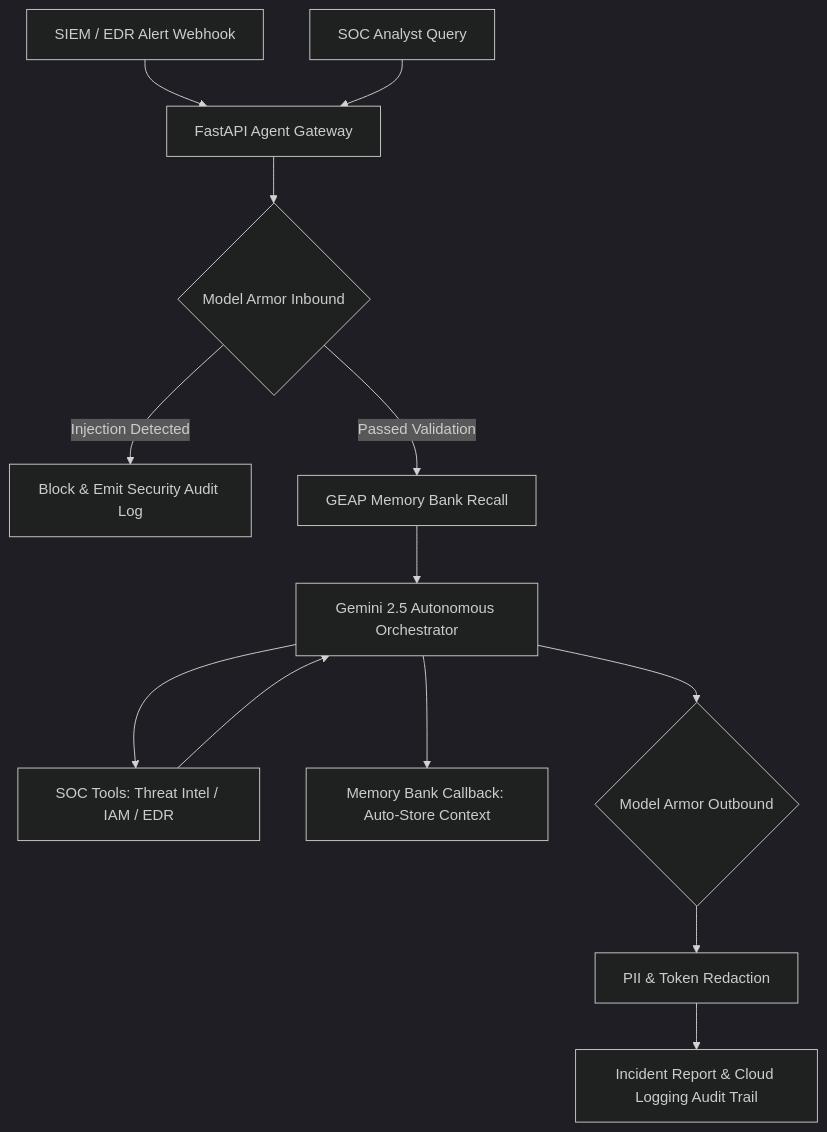
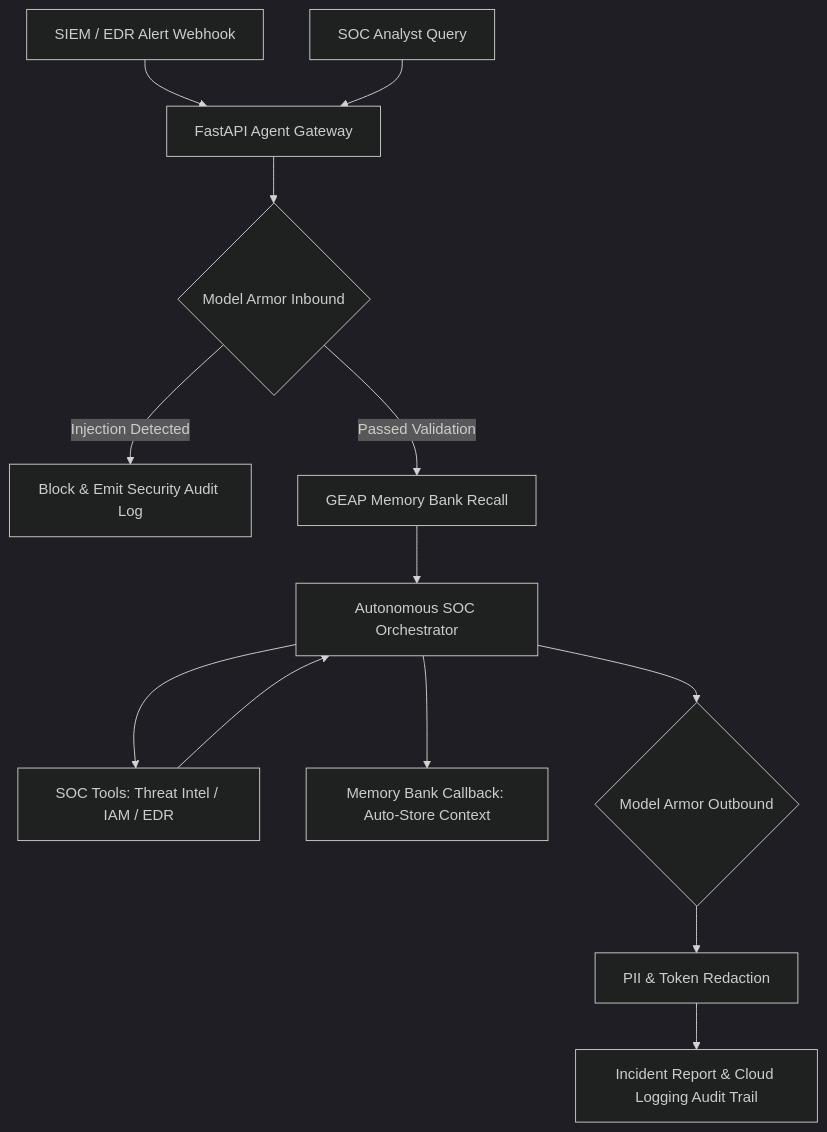
Before and after one commit to codebyneeraj/google-agents: the diagram in README.md, drawn with Mermaid (dark theme). The commit also changed 2 other files, not shown here.

Commit message:
refactor: clean unused imports, dead declarations and update architecture docs

````diff
--- a/README.md
+++ b/README.md
@@ -11,15 +11,15 @@
 ```mermaid
 flowchart TD
     A[SIEM / EDR Alert Webhook] --> B[FastAPI Agent Gateway]
     U[SOC Analyst Query] --> B
     B --> C{Model Armor Inbound}
     C -- "Injection Detected" --> D[Block & Emit Security Audit Log]
     C -- "Passed Validation" --> E[GEAP Memory Bank Recall]
-    E --> F[Gemini 2.5 Autonomous Orchestrator]
+    E --> F[Autonomous SOC Orchestrator]
     F --> G[SOC Tools: Threat Intel / IAM / EDR]
     G --> F
     F --> H[Memory Bank Callback: Auto-Store Context]
     F --> I{Model Armor Outbound}
     I --> J[PII & Token Redaction]
     J --> K[Incident Report & Cloud Logging Audit Trail]
 ```
````
